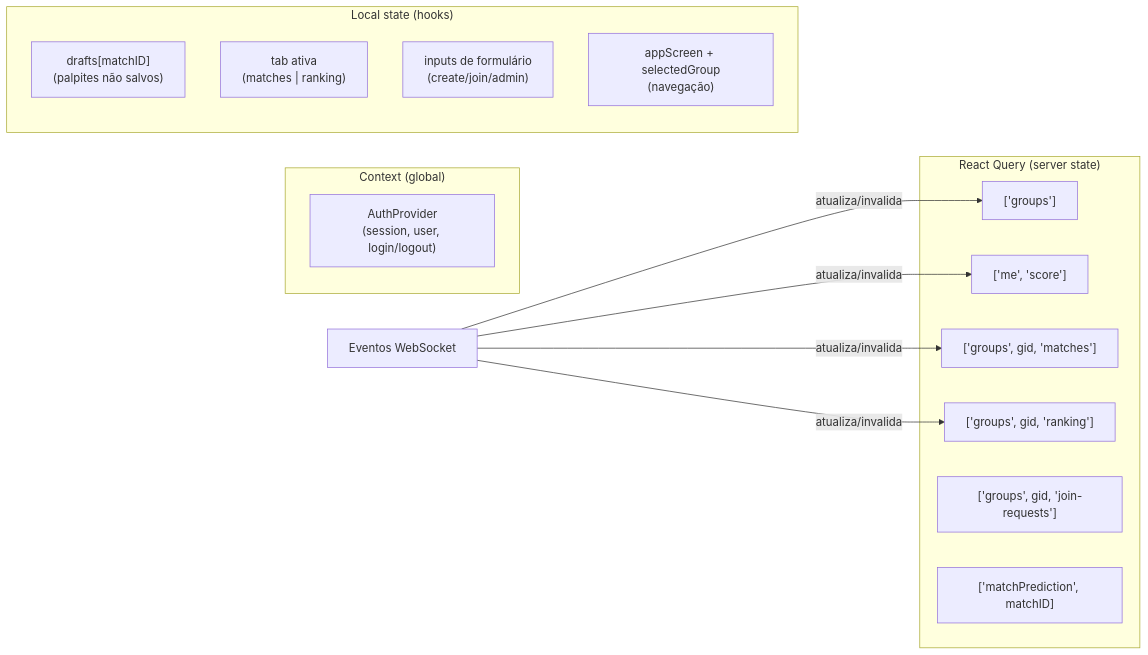
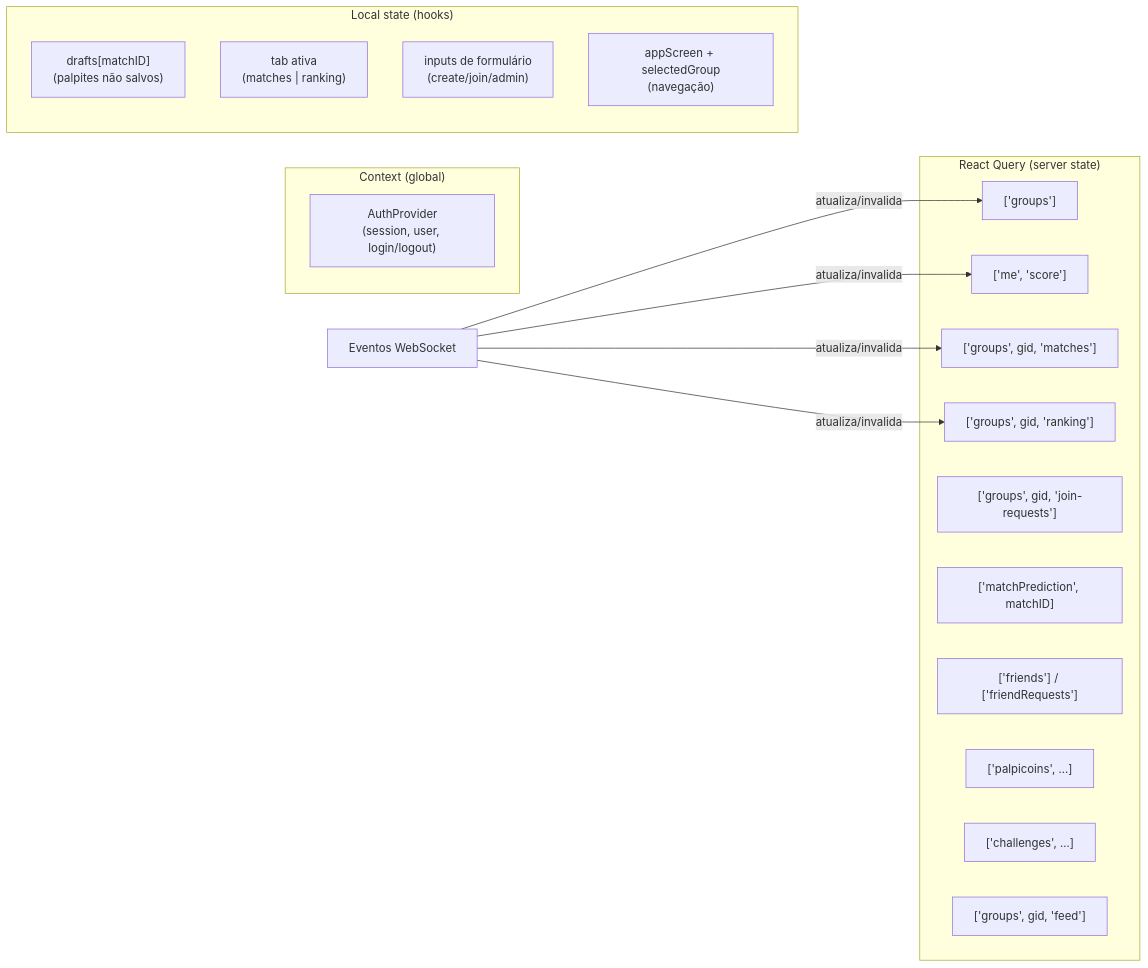
The eighth of 9 diagrams in docs/frontend/fluxo.md (GabrieleGVieira/palpite), drawn with Mermaid before and after one commit. The commit also changed other lines of this file and 49 other files, not shown here.

````diff
--- a/docs/frontend/fluxo.md
+++ b/docs/frontend/fluxo.md
@@ -225,27 +271,31 @@
 ```mermaid
 graph LR
     subgraph "React Query (server state)"
         G["['groups']"]
         S["['me', 'score']"]
         M["['groups', gid, 'matches']"]
         R["['groups', gid, 'ranking']"]
         J["['groups', gid, 'join-requests']"]
         P["['matchPrediction', matchID]"]
+        F["['friends'] / ['friendRequests']"]
+        W["['palpicoins', ...]"]
+        C["['challenges', ...]"]
+        FEED["['groups', gid, 'feed']"]
     end
 
     subgraph "Context (global)"
         AUTH["AuthProvider\n(session, user, login/logout)"]
     end
 
     subgraph "Local state (hooks)"
         DRAFTS["drafts[matchID]\n(palpites não salvos)"]
         TAB["tab ativa\n(matches | ranking)"]
         FORM["inputs de formulário\n(create/join/admin)"]
         NAV_STATE["appScreen + selectedGroup\n(navegação)"]
     end
 
     REALTIME["Eventos WebSocket"] -- "atualiza/invalida" --> G
     REALTIME -- "atualiza/invalida" --> S
     REALTIME -- "atualiza/invalida" --> M
     REALTIME -- "atualiza/invalida" --> R
 ```
````
